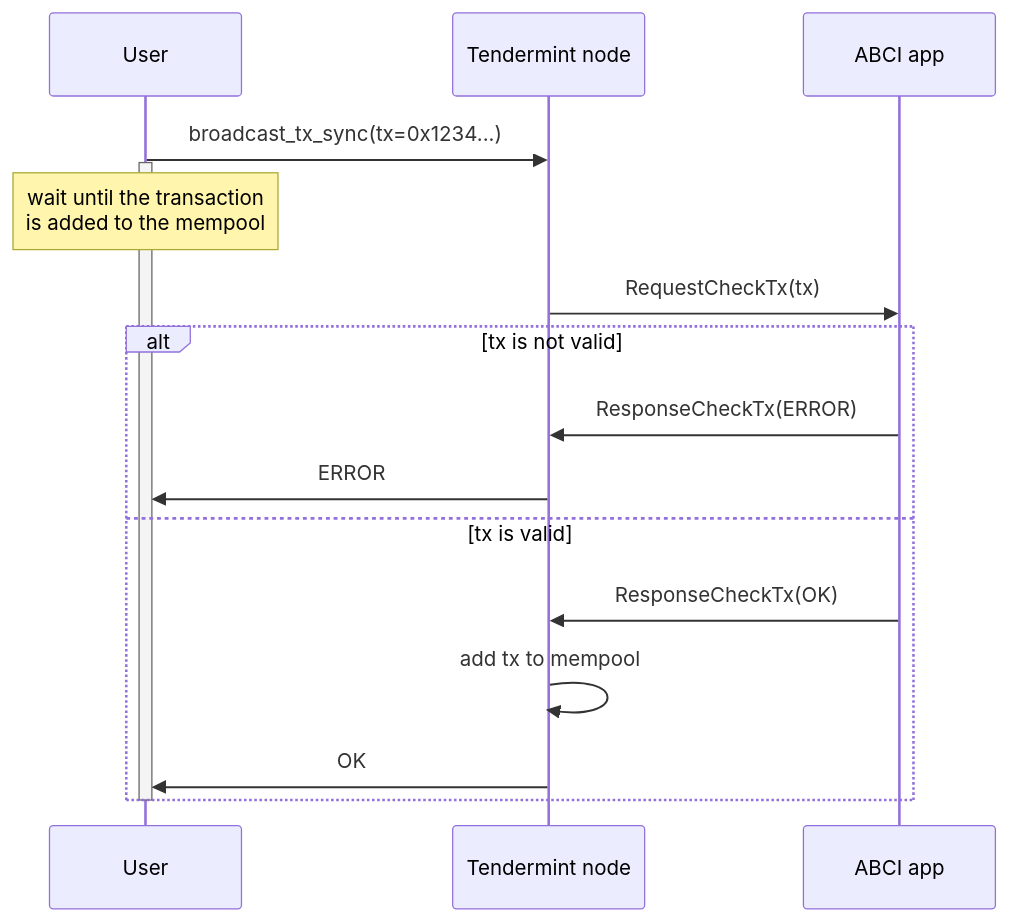
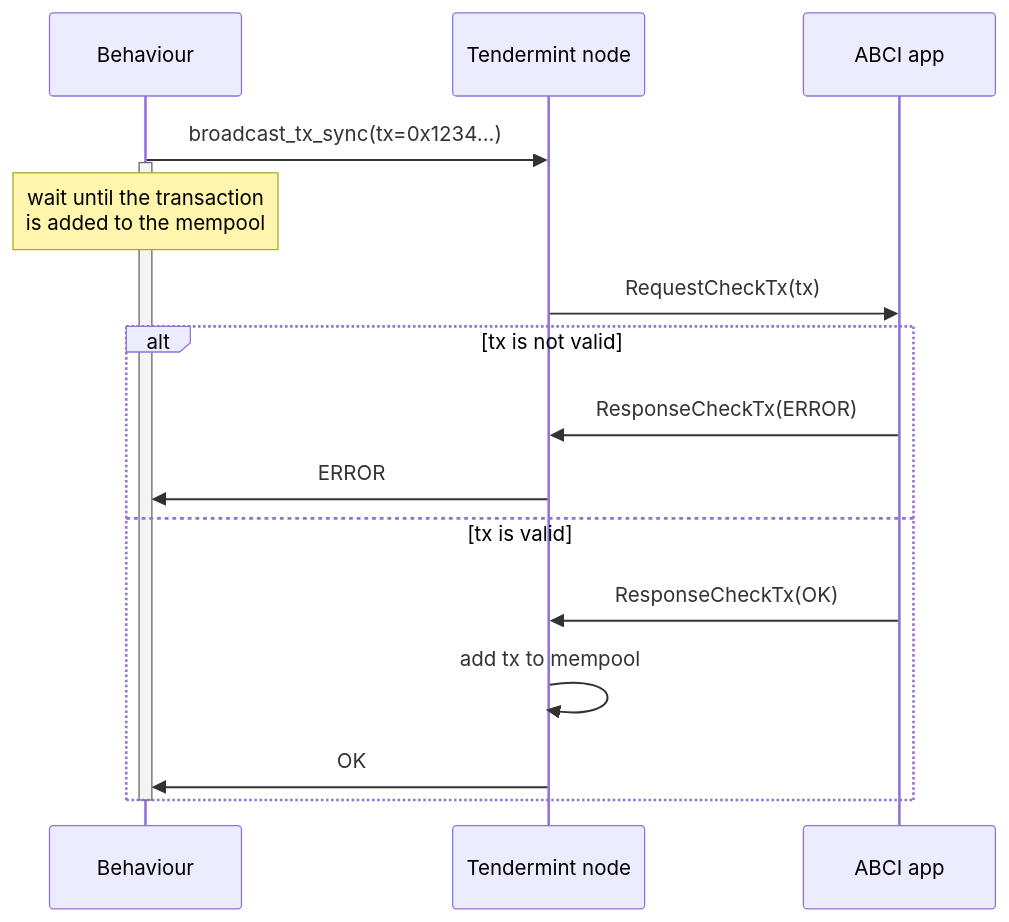
The first of 4 diagrams in docs/abci-implementation.md (valory-xyz/open-autonomy), drawn with Mermaid before and after one commit. The commit also changed other lines of this file, not shown here.

Commit message:
docs: replace user with behaviour

```diff
--- a/docs/abci-implementation.md
+++ b/docs/abci-implementation.md
@@ -61,24 +59,24 @@
 <div class="mermaid">
     sequenceDiagram
 
-        participant User
+        participant Behaviour
         participant Tendermint node
         participant ABCI app
 
-        User->>Tendermint node: broadcast_tx_sync(tx=0x1234...)
-        activate User
-        note over User: wait until the transaction<br/>is added to the mempool
+        Behaviour->>Tendermint node: broadcast_tx_sync(tx=0x1234...)
+        activate Behaviour
+        note over Behaviour: wait until the transaction<br/>is added to the mempool
 
         Tendermint node->>ABCI app: RequestCheckTx(tx)
         alt tx is not valid
           ABCI app->>Tendermint node: ResponseCheckTx(ERROR)
-          Tendermint node->>User: ERROR
+          Tendermint node->>Behaviour: ERROR
         else tx is valid
           ABCI app->>Tendermint node: ResponseCheckTx(OK)
           Tendermint node->>Tendermint node: add tx to mempool
-          Tendermint node->>User: OK
+          Tendermint node->>Behaviour: OK
         end
 
-        deactivate User
+        deactivate Behaviour
 
 </div>
```
